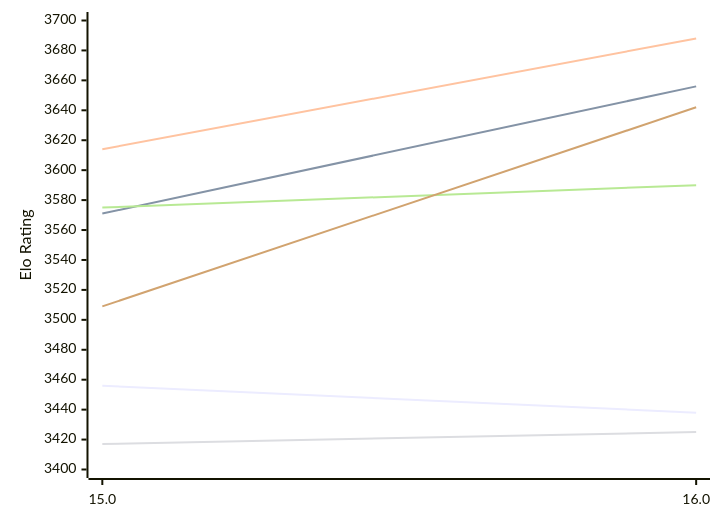
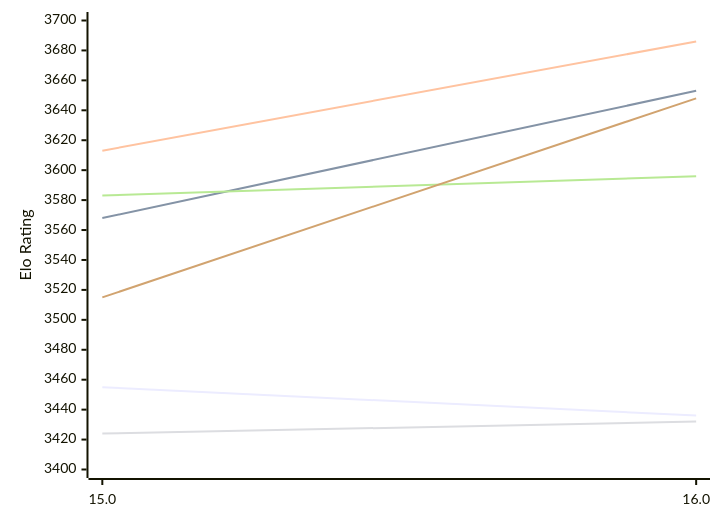
The first of 2 diagrams in engines/Obsidian.md (computer-chess-index/cci), drawn with Mermaid before and after one commit. The commit also changed other lines of this file, not shown here.

Commit message:
Update CCI Ratings (ELO VLTC) - 2026-11-23

````diff
--- a/engines/Obsidian.md
+++ b/engines/Obsidian.md
@@ -52,12 +52,12 @@
 ```mermaid
 %%{init: {"theme":"base","themeVariables":{"seriesColors:['#a3a3a3','#222221','#faa371']}}}%%
 xychart-beta
   x-axis ["15.0", "16.0"]
   y-axis "Elo Rating" 3400 --> 3700
-  line "E1: STC (8.0+0.08s)" [3456, 3438]
-  line "E1: LTC (60.0+0.60s)" [3571, 3656]
-  line "E1: VLTC (2m24s+1.12s)" [3614, 3688]
-  line "P1: STC (8.0+0.08s)" [3417, 3425]
-  line "P1: LTC (60.0+0.60s)" [3575, 3590]
-  line "P1: VLTC (2m24s+1.12s)" [3509, 3642]
+  line "E1: STC (8.0+0.08s)" [3455, 3436]
+  line "E1: LTC (60.0+0.60s)" [3568, 3653]
+  line "E1: VLTC (2m24s+1.12s)" [3613, 3686]
+  line "P1: STC (8.0+0.08s)" [3424, 3432]
+  line "P1: LTC (60.0+0.60s)" [3583, 3596]
+  line "P1: VLTC (2m24s+1.12s)" [3515, 3648]
 ```
````
